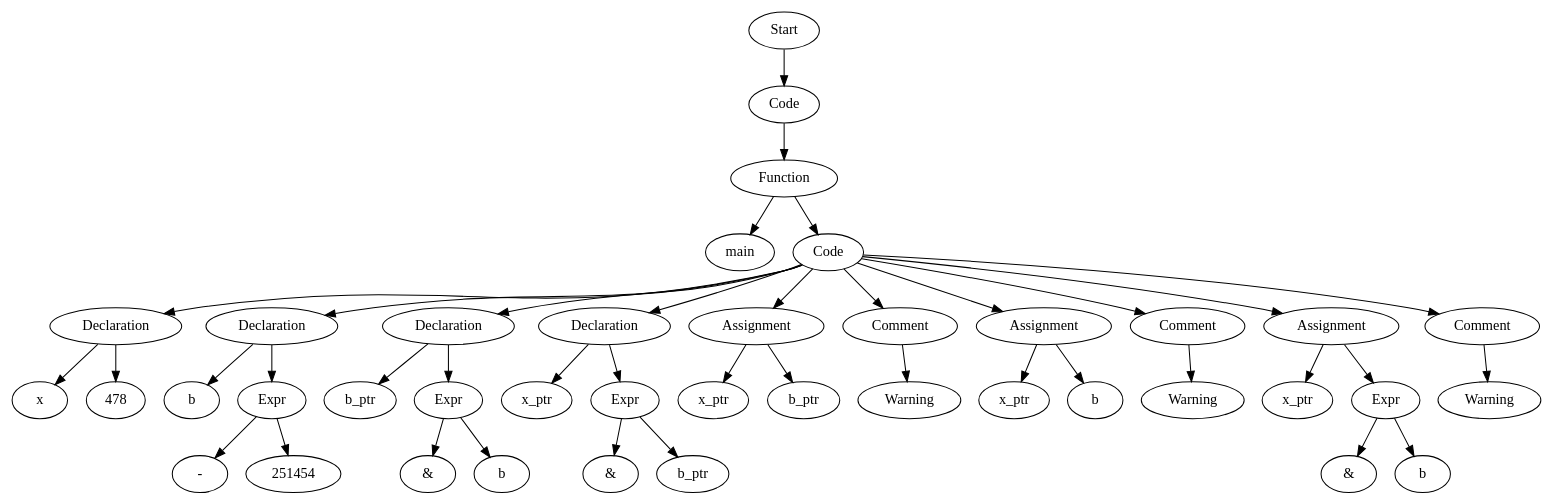
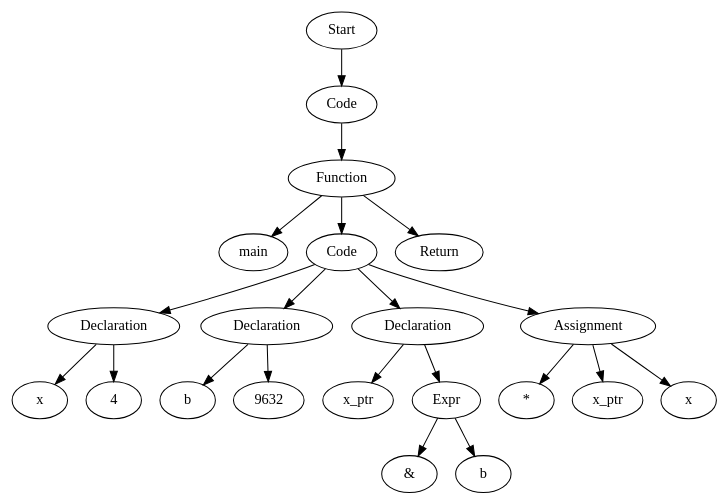
Before and after one commit to Are-you-listening/Compilers: the diagram in src/TestFiles/ASTTests/SemanticErrorsTests/CreateTests/read_file_before.dot, drawn with Graphviz. The commit also changed 45 other files, not shown here.

```diff
--- a/src/TestFiles/ASTTests/SemanticErrorsTests/CreateTests/read_file_before.dot
+++ b/src/TestFiles/ASTTests/SemanticErrorsTests/CreateTests/read_file_before.dot
@@ -1,81 +1,43 @@
 digraph AST {
-  "128432577322896" [label="Start"];
-  "128432577322896" -> "128432577323232";
-  "128432577323232" [label="Code"];
-  "128432577323232" -> "128432577326064";
-  "128432577326064" [label="Function"];
-  "128432577326064" -> "128432577319392";
-  "128432577326064" -> "128432577325632";
-  "128432577319392" [label="main"];
-  "128432577325632" [label="Code"];
-  "128432577325632" -> "128432577323712";
-  "128432577325632" -> "128432577327360";
-  "128432577325632" -> "128432577327936";
-  "128432577325632" -> "128432577326304";
-  "128432577325632" -> "128432577245584";
-  "128432577325632" -> "128432577245392";
-  "128432577325632" -> "128432577245104";
-  "128432577325632" -> "128432577245200";
-  "128432577325632" -> "128432577244672";
-  "128432577325632" -> "128432577244480";
-  "128432577323712" [label="Declaration"];
-  "128432577323712" -> "128432577327024";
-  "128432577323712" -> "128432577322512";
-  "128432577327024" [label="x"];
-  "128432577322512" [label="478"];
-  "128432577327360" [label="Declaration"];
-  "128432577327360" -> "128432577330960";
-  "128432577327360" -> "128432577319968";
-  "128432577330960" [label="b"];
-  "128432577319968" [label="Expr"];
-  "128432577319968" -> "128432577328032";
-  "128432577319968" -> "128432577326352";
-  "128432577328032" [label="-"];
-  "128432577326352" [label="251454"];
-  "128432577327936" [label="Declaration"];
-  "128432577327936" -> "128432577323616";
-  "128432577327936" -> "128432577321360";
-  "128432577323616" [label="b_ptr"];
-  "128432577321360" [label="Expr"];
-  "128432577321360" -> "128432577325728";
-  "128432577321360" -> "128432577326400";
-  "128432577325728" [label="&"];
-  "128432577326400" [label="b"];
-  "128432577326304" [label="Declaration"];
-  "128432577326304" -> "128432577325392";
-  "128432577326304" -> "128432577326832";
-  "128432577325392" [label="x_ptr"];
-  "128432577326832" [label="Expr"];
-  "128432577326832" -> "128432577321840";
-  "128432577326832" -> "128432577243328";
-  "128432577321840" [label="&"];
-  "128432577243328" [label="b_ptr"];
-  "128432577245584" [label="Assignment"];
-  "128432577245584" -> "128432577243376";
-  "128432577245584" -> "128432577244384";
-  "128432577243376" [label="x_ptr"];
-  "128432577244384" [label="b_ptr"];
-  "128432577245392" [label="Comment"];
-  "128432577245392" -> "128432577245920";
-  "128432577245920" [label="Warning"];
-  "128432577245104" [label="Assignment"];
-  "128432577245104" -> "128432577245296";
-  "128432577245104" -> "128432577243520";
-  "128432577245296" [label="x_ptr"];
-  "128432577243520" [label="b"];
-  "128432577245200" [label="Comment"];
-  "128432577245200" -> "128432577245968";
-  "128432577245968" [label="Warning"];
-  "128432577244672" [label="Assignment"];
-  "128432577244672" -> "128432577243232";
-  "128432577244672" -> "128432577243568";
-  "128432577243232" [label="x_ptr"];
-  "128432577243568" [label="Expr"];
-  "128432577243568" -> "128432577245344";
-  "128432577243568" -> "128432577244048";
-  "128432577245344" [label="&"];
-  "128432577244048" [label="b"];
-  "128432577244480" [label="Comment"];
-  "128432577244480" -> "128432577246016";
-  "128432577246016" [label="Warning"];
+  "133279316233424" [label="Start"];
+  "133279316233424" -> "133279316233856";
+  "133279316233856" [label="Code"];
+  "133279316233856" -> "133279316234048";
+  "133279316234048" [label="Function"];
+  "133279316234048" -> "133279316238560";
+  "133279316234048" -> "133279316242736";
+  "133279316234048" -> "133279316232608";
+  "133279316238560" [label="main"];
+  "133279316242736" [label="Code"];
+  "133279316242736" -> "133279316238368";
+  "133279316242736" -> "133279316235104";
+  "133279316242736" -> "133279316241440";
+  "133279316242736" -> "133279316233616";
+  "133279316238368" [label="Declaration"];
+  "133279316238368" -> "133279316233664";
+  "133279316238368" -> "133279316235296";
+  "133279316233664" [label="x"];
+  "133279316235296" [label="4"];
+  "133279316235104" [label="Declaration"];
+  "133279316235104" -> "133279316239664";
+  "133279316235104" -> "133279316239472";
+  "133279316239664" [label="b"];
+  "133279316239472" [label="9632"];
+  "133279316241440" [label="Declaration"];
+  "133279316241440" -> "133279316240864";
+  "133279316241440" -> "133279316241248";
+  "133279316240864" [label="x_ptr"];
+  "133279316241248" [label="Expr"];
+  "133279316241248" -> "133279316240912";
+  "133279316241248" -> "133279316232320";
+  "133279316240912" [label="&"];
+  "133279316232320" [label="b"];
+  "133279316233616" [label="Assignment"];
+  "133279316233616" -> "133279316232224";
+  "133279316233616" -> "133279316232128";
+  "133279316233616" -> "133279316231792";
+  "133279316232224" [label="*"];
+  "133279316232128" [label="x_ptr"];
+  "133279316231792" [label="x"];
+  "133279316232608" [label="Return"];
 }
```
